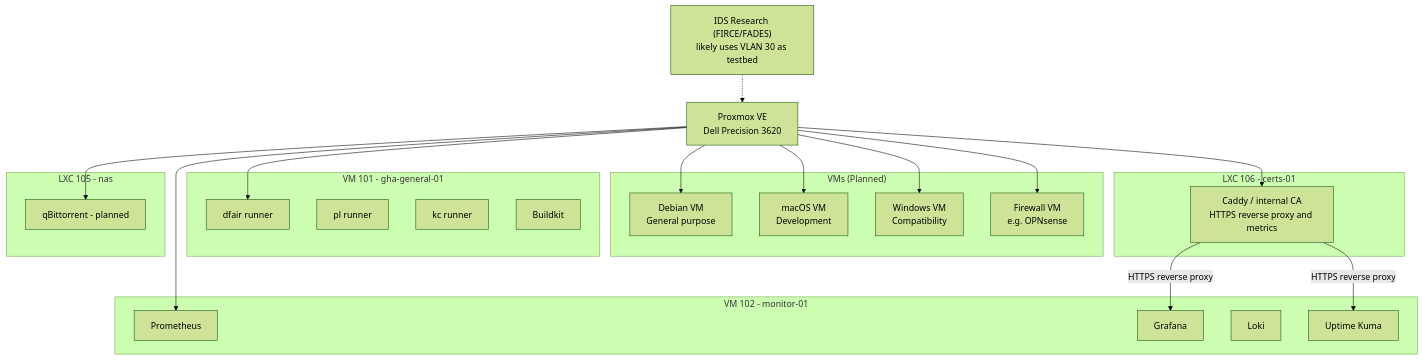
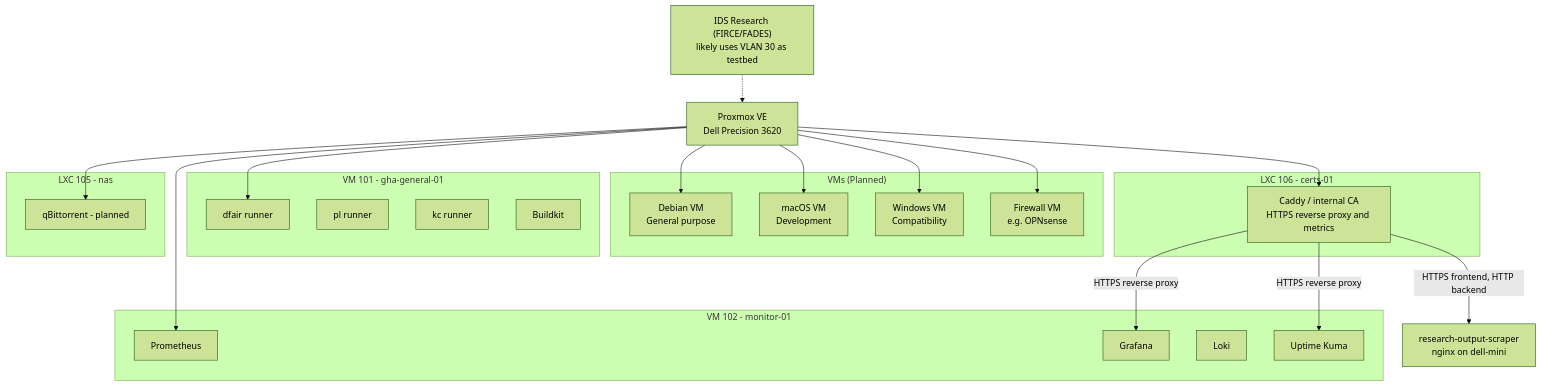
The diagram in docs/services/README.md (sethbarrett50/home_lab_docs), drawn with Mermaid (forest theme) before and after one commit. The commit also changed other lines of this file and 6 other files, not shown here.

````diff
--- a/docs/services/README.md
+++ b/docs/services/README.md
@@ -21,47 +21,49 @@
 ```mermaid
 graph TD
     PVE[Proxmox VE\nDell Precision 3620]
 
     subgraph "VMs (Planned)"
         DEBIAN[Debian VM\nGeneral purpose]
         MACOS[macOS VM\nDevelopment]
         WIN[Windows VM\nCompatibility]
         FW[Firewall VM\ne.g. OPNsense]
     end
 
     subgraph "VM 101 - gha-general-01"
         GHA1[dfair runner]
         GHA2[pl runner]
         GHA3[kc runner]
         BK[Buildkit]
     end
 
     subgraph "VM 102 - monitor-01"
         PROM[Prometheus]
         GRAF[Grafana]
         LOKI[Loki]
         KUMA[Uptime Kuma]
     end
 
     subgraph "LXC 106 - certs-01"
         CADDY[Caddy / internal CA\nHTTPS reverse proxy and metrics]
     end
 
     subgraph "LXC 105 - nas"
         QB[qBittorrent - planned]
     end
 
     PVE --> DEBIAN
     PVE --> MACOS
     PVE --> WIN
     PVE --> FW
     PVE --> GHA1
     PVE --> PROM
     PVE --> QB
     PVE --> CADDY
     CADDY -->|HTTPS reverse proxy| GRAF
     CADDY -->|HTTPS reverse proxy| KUMA
+    LEADERBOARD[research-output-scraper\nnginx on dell-mini] 
+    CADDY -->|HTTPS frontend, HTTP backend| LEADERBOARD
 
     IDS["IDS Research (FIRCE/FADES)\nlikely uses VLAN 30 as testbed"]
     IDS -.-> PVE
 ```
````
